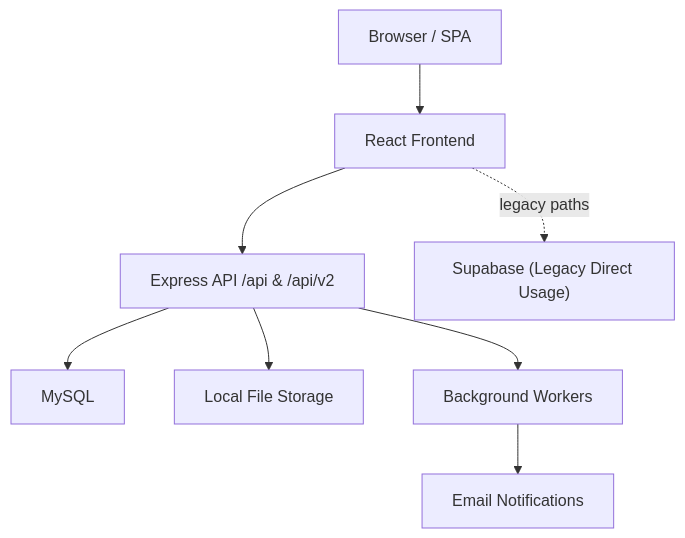
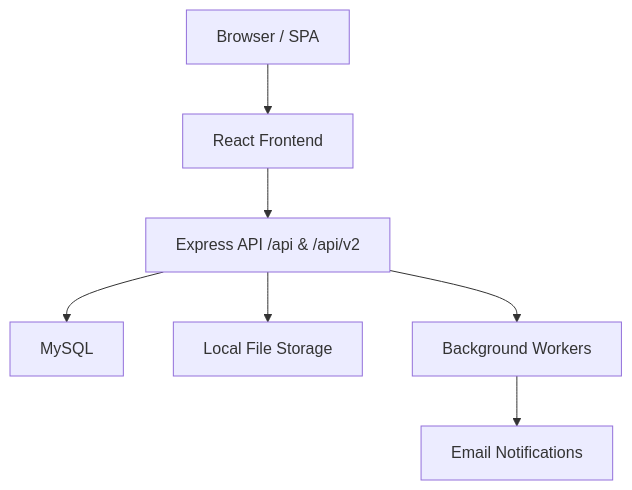
Before and after one commit to SpectraEYEHQ/SpectraSurvey: the second of 6 diagrams in README.md, drawn with Mermaid. The commit also changed other lines of this file, not shown here.

````diff
--- a/README.md
+++ b/README.md
@@ -212,10 +204,9 @@
 ```mermaid
 flowchart TD
   Browser["Browser / SPA"] --> FE["React Frontend"];
   FE --> API["Express API /api & /api/v2"];
   API --> DB["MySQL"];
   API --> FS["Local File Storage"];
   API --> Workers["Background Workers"];
   Workers --> Email["Email Notifications"];
-  FE -. legacy paths .-> Supabase["Supabase (Legacy Direct Usage)"];
 ```
````
